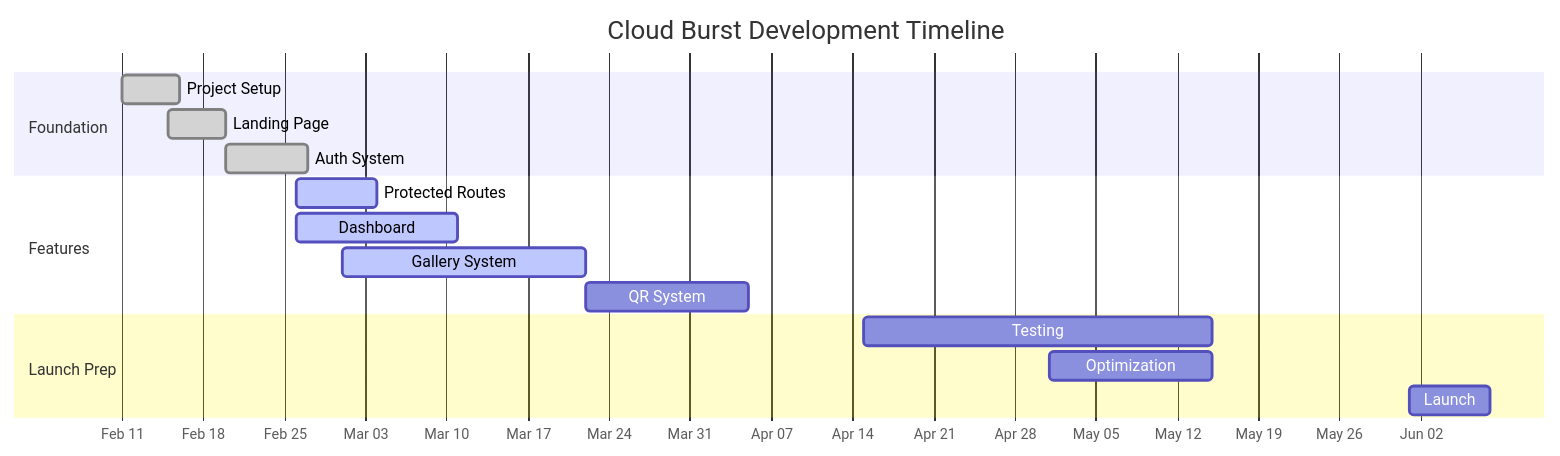
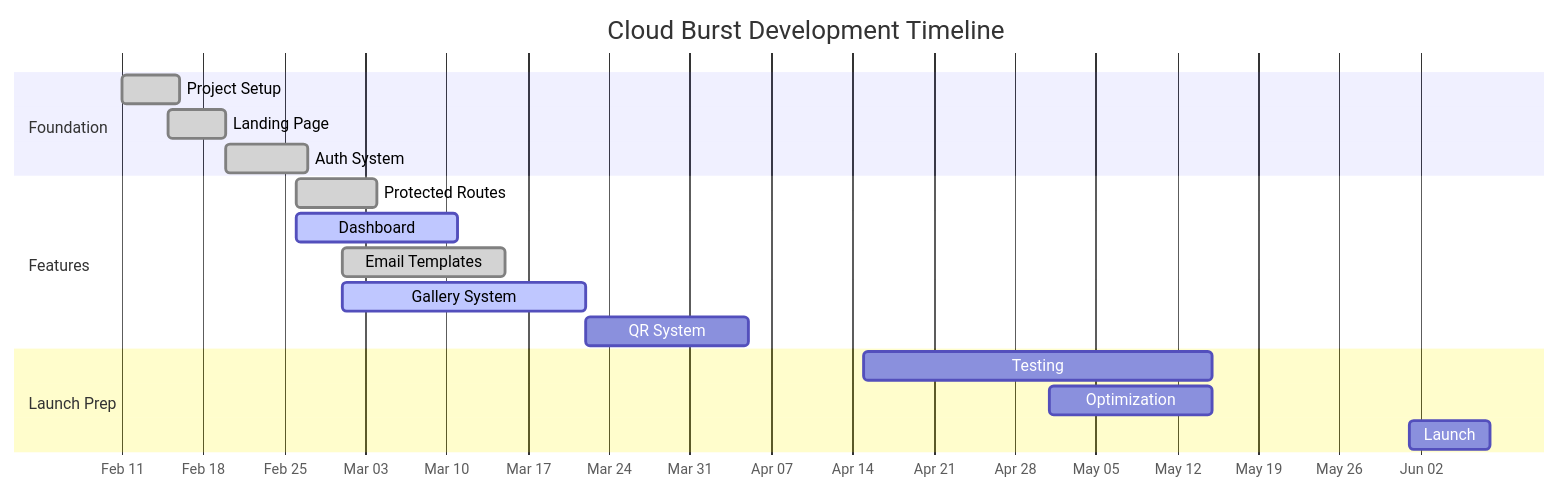
The second of 2 diagrams in docs/planning/roadmap.md (mrj0nesmtl/cloud-burst), drawn with Mermaid before and after one commit. The commit also changed other lines of this file and 28 other files, not shown here.

````diff
--- a/docs/planning/roadmap.md
+++ b/docs/planning/roadmap.md
@@ -133,22 +148,23 @@
 ```mermaid
 gantt
     title Cloud Burst Development Timeline
     dateFormat  YYYY-MM-DD
     axisFormat %b %d
     
     section Foundation
     Project Setup      :done, f1, 2024-02-11, 5d
     Landing Page      :done, f2, 2024-02-15, 5d
     Auth System       :done, f3, 2024-02-20, 7d
     
     section Features
-    Protected Routes  :active, r1, 2024-02-26, 7d
+    Protected Routes  :done, r1, 2024-02-26, 7d
     Dashboard        :active, d1, 2024-02-26, 14d
+    Email Templates  :done, e1, 2024-03-01, 14d
     Gallery System   :active, g1, 2024-03-01, 21d
     QR System       :q1, after g1, 14d
     
     section Launch Prep
     Testing         :t1, 2024-04-15, 30d
     Optimization    :o1, 2024-05-01, 14d
     Launch         :l1, 2024-06-01, 7d
 ```
````
